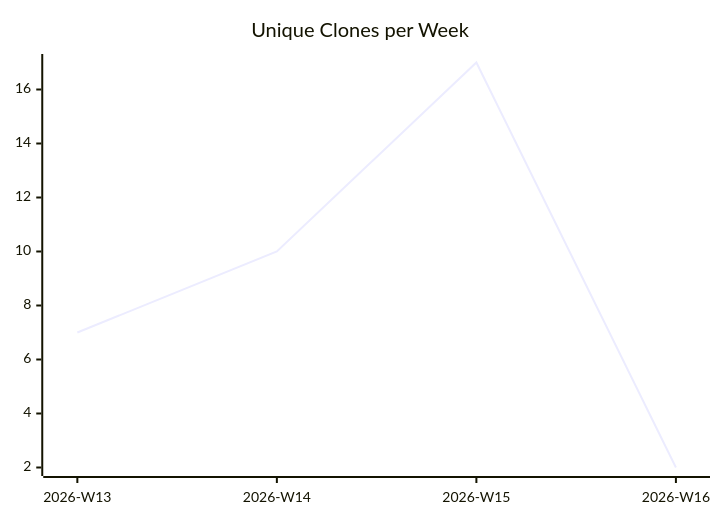
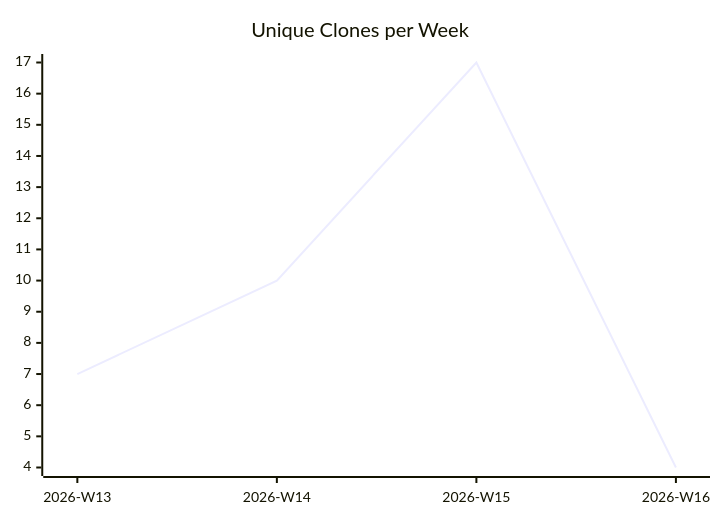
The third of 3 diagrams in karlmdavis/ksoap2-android/README.md (justdavis-family/github-analytics-data), drawn with Mermaid before and after one commit. The commit also changed other lines of this file and 189 other files, not shown here.

````diff
--- a/karlmdavis/ksoap2-android/README.md
+++ b/karlmdavis/ksoap2-android/README.md
@@ -19,6 +19,6 @@
 ```mermaid
 xychart-beta
   title "Unique Clones per Week"
   x-axis ["2026-W13", "2026-W14", "2026-W15", "2026-W16"]
-  line [7, 10, 17, 2]
+  line [7, 10, 17, 4]
 ```
````
